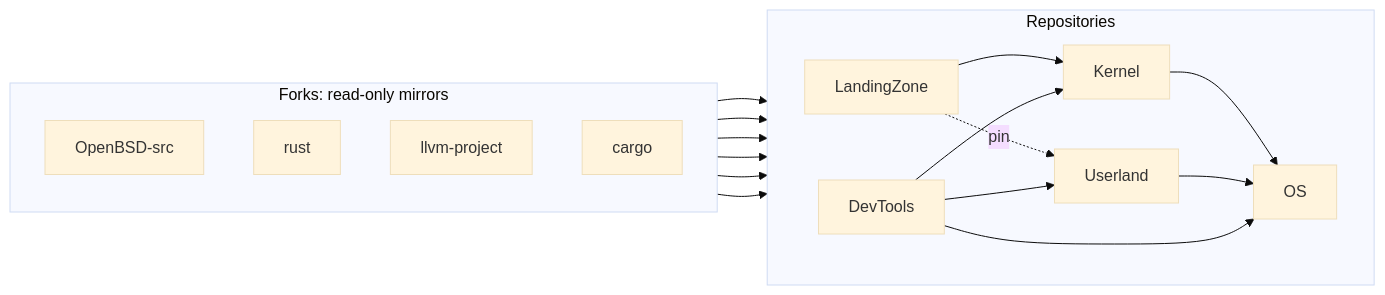
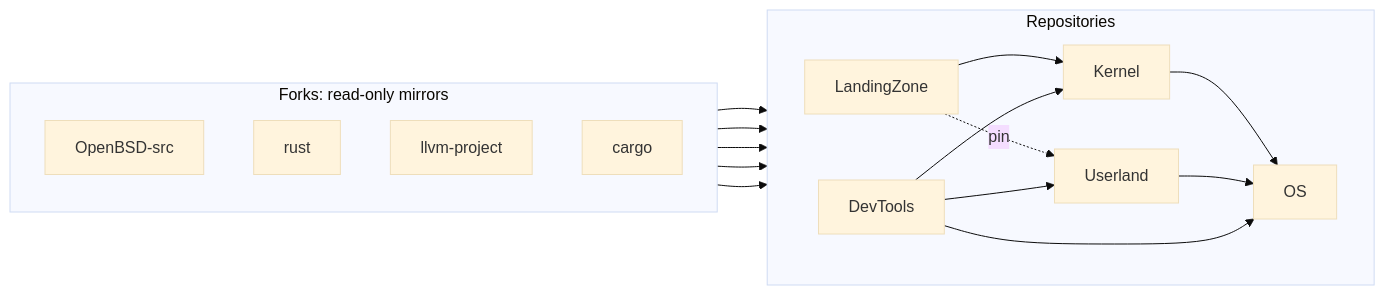
One commit to EmiBSD/Governance changed the diagram in README.md. Above: the diagram before and after it, drawn with Mermaid (base theme). The commit also changed 2 other files, not shown here.

Commit message:
docs: nothing of OpenBSD enters DevTools, in the diagram and the rows that still said so
The README's diagram kept an OpenBSD-src arrow into DevTools; the OS row of
CLAUDE.md said the manifest records the OpenBSD pin shared by Kernel, Userland
and DevTools; architecture.md's open decision 4 still moved Kernel's `just comp`
to DevTools. G-0015: DevTools takes nothing from OpenBSD, the pin is Kernel's
and Userland's, `just comp` stays Kernel's.

````diff
--- a/README.md
+++ b/README.md
@@ -32,31 +32,30 @@
 ```mermaid
 flowchart LR
     subgraph forks["Forks: read-only mirrors"]
         direction TB
         obsd["OpenBSD-src"]
         rust["rust"]
         llvmrs["llvm-project"]
         cargo["cargo"]
     end
     subgraph repos["Repositories"]
         direction LR
         dev["DevTools"]
         lz["LandingZone"]
         ul["Userland"]
         k["Kernel"]
         os["OS"]
     end
-    obsd --> dev
     rust --> dev
     llvmrs --> dev
     cargo --> dev
     obsd --> lz
     obsd --> ul
     lz --> k
     lz -. pin .-> ul
     dev --> ul
     dev --> k
     k --> os
     ul --> os
     dev --> os
 ```
````
